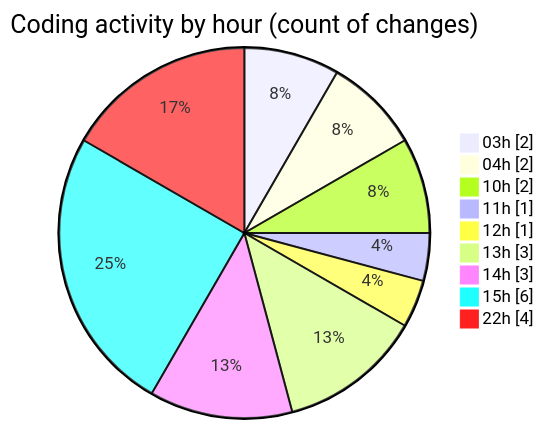
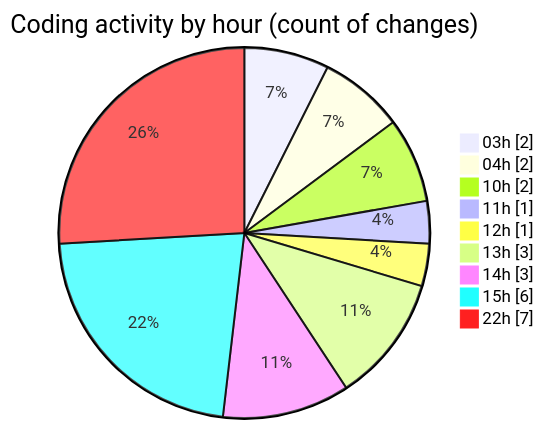
The second of 2 diagrams in 2025-11-27/cdp_aleoudev_fr__workspace_/README.md (julien-gomy/code-tracking), drawn with Mermaid before and after one commit. The commit also changed other lines of this file and 1 other file, not shown here.

````diff
--- a/2025-11-27/cdp_aleoudev_fr__workspace_/README.md
+++ b/2025-11-27/cdp_aleoudev_fr__workspace_/README.md
@@ -36,13 +38,13 @@
 ```mermaid
 pie showData
 title Coding activity by hour (count of changes)
 "03h" : 2
 "04h" : 2
 "10h" : 2
 "11h" : 1
 "12h" : 1
 "13h" : 3
 "14h" : 3
 "15h" : 6
-"22h" : 4
+"22h" : 7
 ```
````
